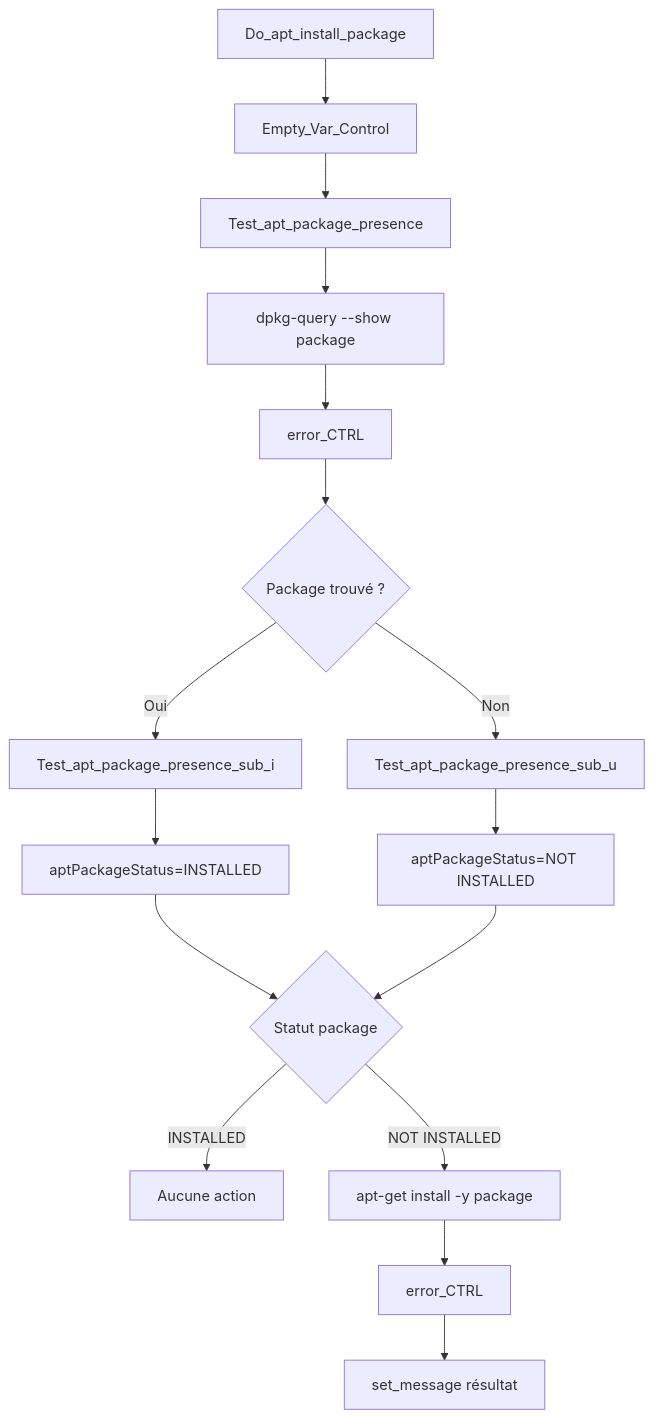
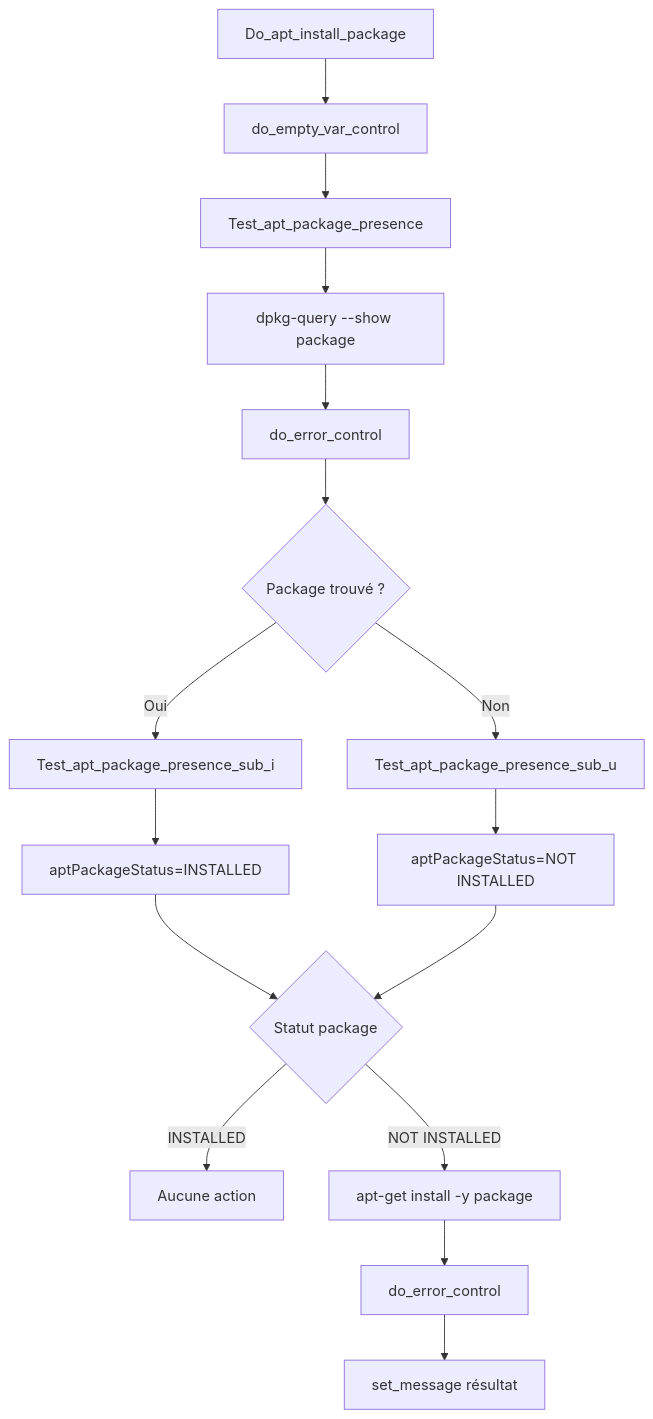
One commit to Doraken/CAST_core changed the third of 3 diagrams in README.md. Above: the diagram before and after it, drawn with Mermaid. The commit also changed other lines of this file and 2 other files, not shown here.

````diff
--- a/README.md
+++ b/README.md
@@ -140,22 +146,22 @@
 ``` mermaid
 flowchart TD
-    A[Do_apt_install_package] --> B[Empty_Var_Control]
+    A[Do_apt_install_package] --> B[do_empty_var_control]
     B --> C[Test_apt_package_presence]
     C --> D[dpkg-query --show package]
-    D --> E[error_CTRL]
+    D --> E[do_error_control]
 
     E --> F{Package trouvé ?}
     F -->|Oui| G[Test_apt_package_presence_sub_i]
     G --> H[aptPackageStatus=INSTALLED]
 
     F -->|Non| I[Test_apt_package_presence_sub_u]
     I --> J[aptPackageStatus=NOT INSTALLED]
 
     H --> K{Statut package}
     J --> K
 
     K -->|INSTALLED| L[Aucune action]
     K -->|NOT INSTALLED| M[apt-get install -y package]
-    M --> N[error_CTRL]
+    M --> N[do_error_control]
     N --> O[set_message résultat]
 ```
````
